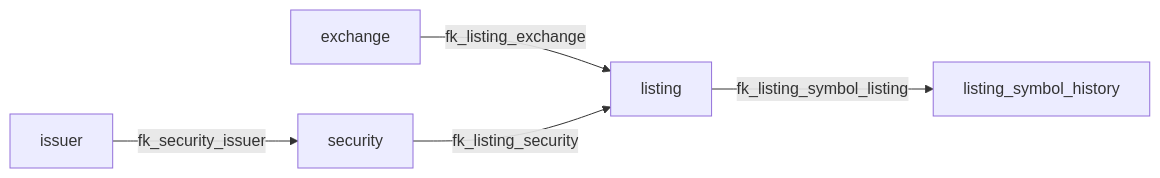
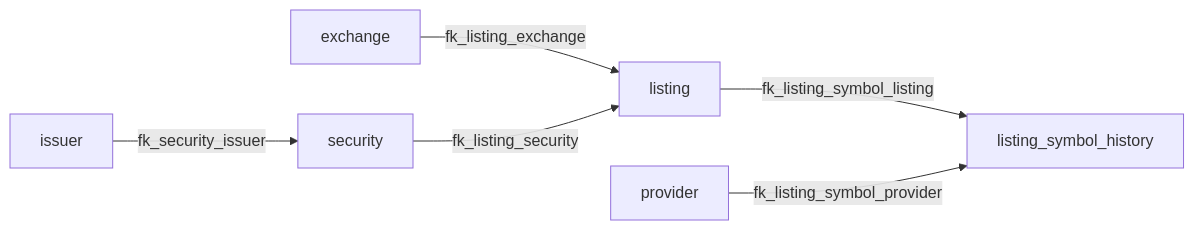
One commit to cmhettinger/empire changed the diagram in docs/db/stonks/generated/erd-groups/security-master-core-relations.md. Above: the diagram before and after it, drawn with Mermaid. The commit also changed 79 other files, not shown here.

````diff
--- a/docs/db/stonks/generated/erd-groups/security-master-core-relations.md
+++ b/docs/db/stonks/generated/erd-groups/security-master-core-relations.md
@@ -1,13 +1,15 @@
 ```mermaid
 flowchart LR
   exchange["exchange"]
   issuer["issuer"]
   listing["listing"]
   listing_symbol_history["listing_symbol_history"]
+  provider["provider"]
   security["security"]
 
   exchange -->|fk_listing_exchange| listing
   security -->|fk_listing_security| listing
   listing -->|fk_listing_symbol_listing| listing_symbol_history
+  provider -->|fk_listing_symbol_provider| listing_symbol_history
   issuer -->|fk_security_issuer| security
 ```
````
